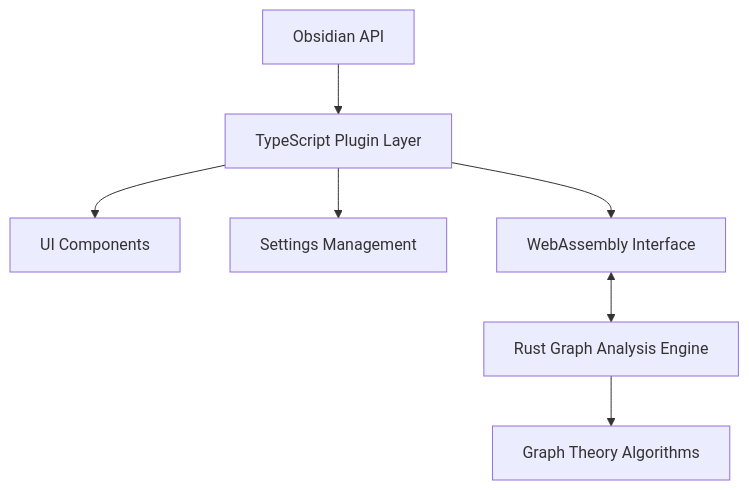
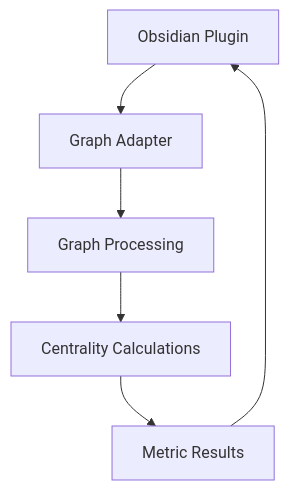
Before and after one commit to luolanaaTUD/obsidian-graph-analysis: the diagram in memory-bank/systemPatterns.md, drawn with Mermaid. The commit also changed other lines of this file and 12 other files, not shown here.

Commit message:
feat: Implement graph centrality analysis and add comprehensive test suite. Update memory bank documentation.

````diff
--- a/memory-bank/systemPatterns.md
+++ b/memory-bank/systemPatterns.md
@@ -6,9 +26,8 @@
 ```mermaid
-flowchart TD
-    A[Obsidian API] --> B[TypeScript Plugin Layer]
-    B --> C[UI Components]
-    B --> D[Settings Management]
-    B --> E[WebAssembly Interface]
-    E <--> F[Rust Graph Analysis Engine]
-    F --> G[Graph Theory Algorithms]
+graph TD
+    A[Obsidian Plugin] --> B[Graph Adapter]
+    B --> C[Graph Processing]
+    C --> D[Centrality Calculations]
+    D --> E[Metric Results]
+    E --> A
 ```
````
